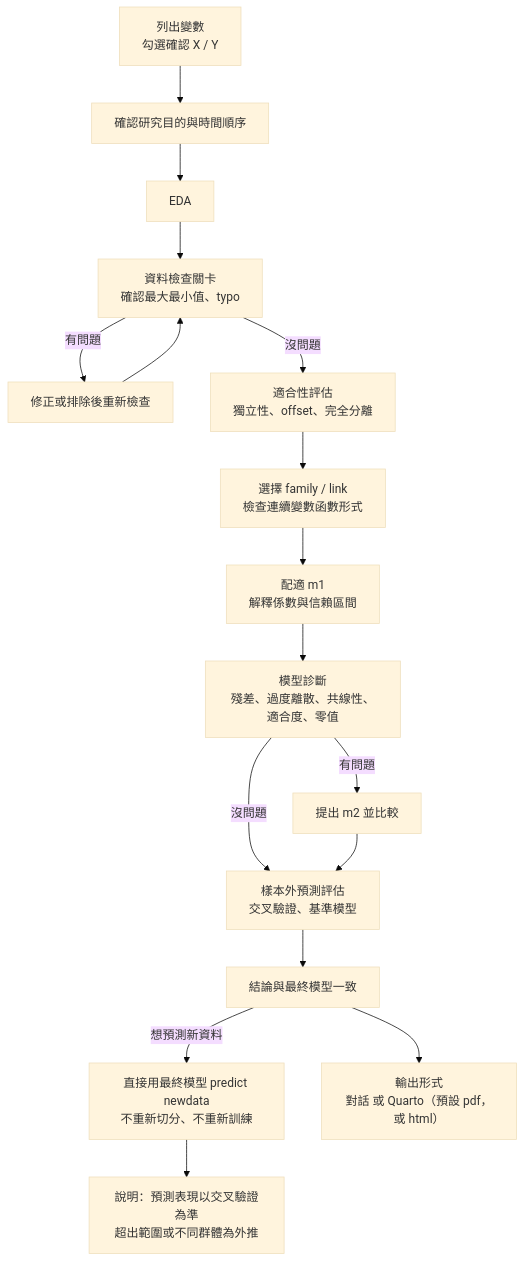
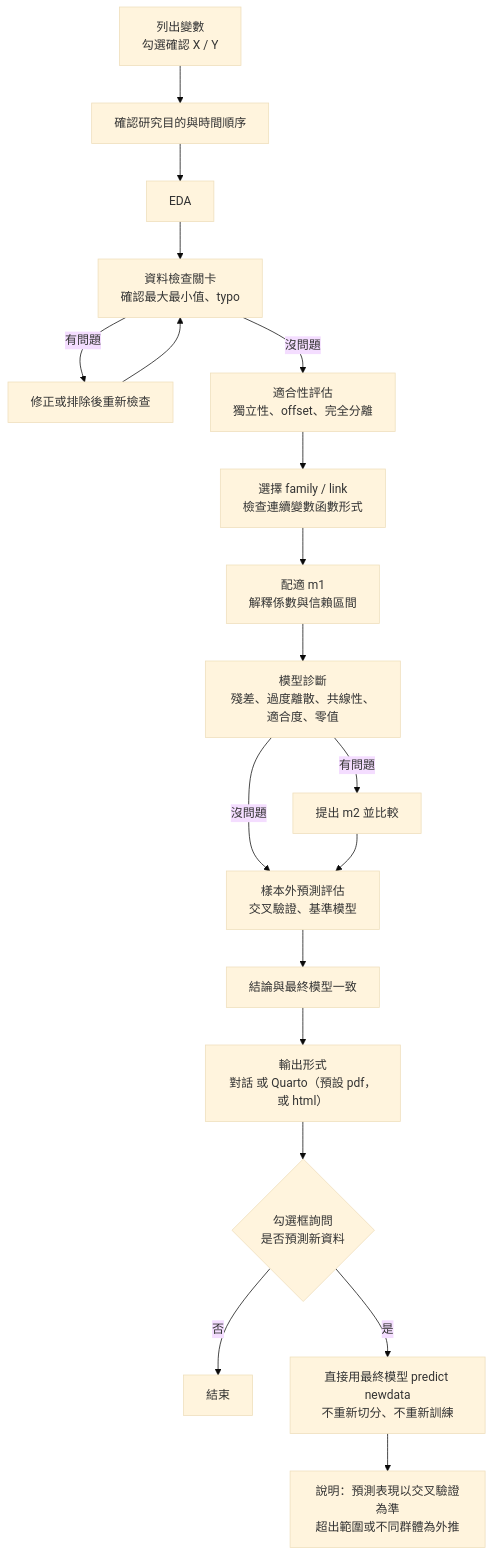
One commit to tzuhui39/SC3-GLM_Analysis changed the diagram in README.md. Above: the diagram before and after it, drawn with Mermaid (base theme). The commit also changed other lines of this file and 1 other file, not shown here.

Commit message:
Ask about predicting new data after output
Claude-Session: https://claude.ai/code/session_015dt6er1r7BZPH45wKRmkvi

````diff
--- a/README.md
+++ b/README.md
@@ -22,19 +22,21 @@
 ```mermaid
 flowchart TD
     A[列出變數<br>勾選確認 X / Y] --> B[確認研究目的與時間順序]
     B --> C[EDA]
     C --> D[資料檢查關卡<br>確認最大最小值、typo]
     D -->|有問題| D1[修正或排除後重新檢查]
     D1 --> D
     D -->|沒問題| E[適合性評估<br>獨立性、offset、完全分離]
     E --> F[選擇 family / link<br>檢查連續變數函數形式]
     F --> G[配適 m1<br>解釋係數與信賴區間]
     G --> H[模型診斷<br>殘差、過度離散、共線性、適合度、零值]
     H -->|有問題| I[提出 m2 並比較]
     H -->|沒問題| J
     I --> J[樣本外預測評估<br>交叉驗證、基準模型]
     J --> K[結論與最終模型一致]
-    K -->|想預測新資料| L[直接用最終模型 predict newdata<br>不重新切分、不重新訓練]
+    K --> N[輸出形式<br>對話 或 Quarto（預設 pdf，或 html）]
+    N --> O{勾選框詢問<br>是否預測新資料}
+    O -->|否| Z[結束]
+    O -->|是| L[直接用最終模型 predict newdata<br>不重新切分、不重新訓練]
     L --> M[說明：預測表現以交叉驗證為準<br>超出範圍或不同群體為外推]
-    K --> N[輸出形式<br>對話 或 Quarto（預設 pdf，或 html）]
 ```
````
